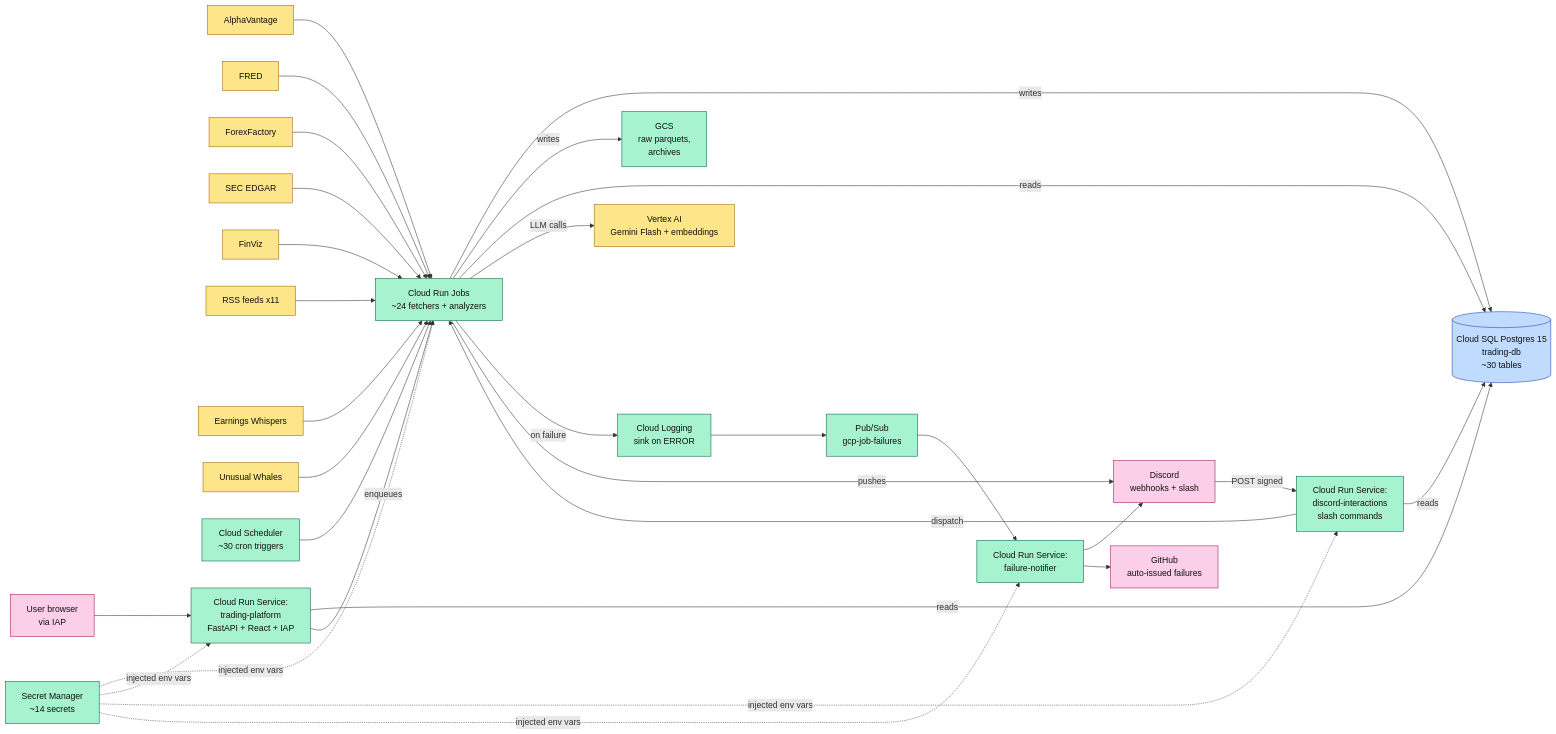
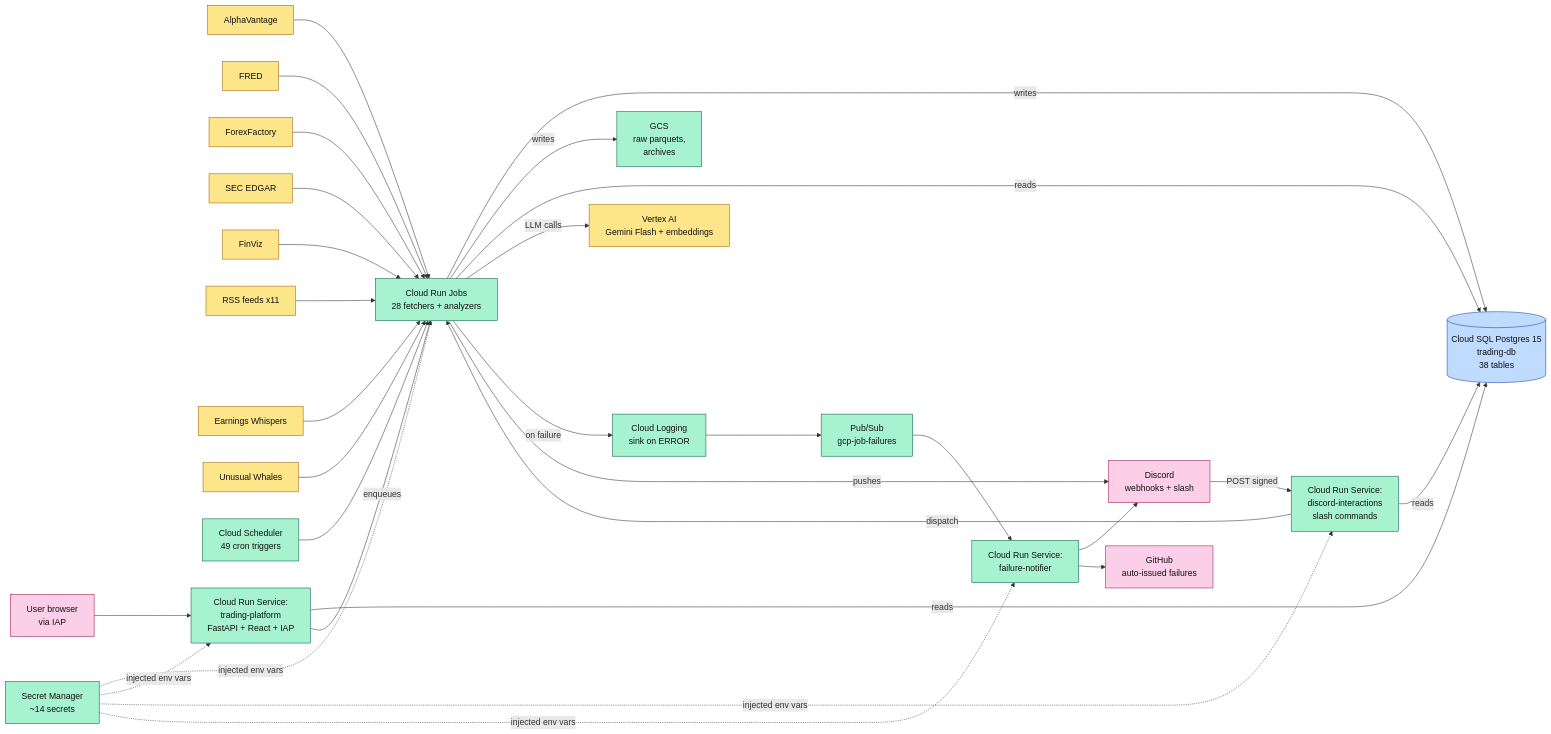
Before and after one commit to TeneikaAskew/stocks: the first of 9 diagrams in docs/GCP_ARCHITECTURE.md, drawn with Mermaid. The commit also changed other lines of this file and 1 other file, not shown here.

````diff
--- a/docs/GCP_ARCHITECTURE.md
+++ b/docs/GCP_ARCHITECTURE.md
@@ -50,56 +52,56 @@
 ```mermaid
 flowchart LR
     classDef ext fill:#fde68a,stroke:#a16207,color:#111
     classDef gcp fill:#a7f3d0,stroke:#065f46,color:#111
     classDef db  fill:#bfdbfe,stroke:#1e40af,color:#111
     classDef out fill:#fbcfe8,stroke:#9d174d,color:#111
 
     AV[AlphaVantage]:::ext
     FRED[FRED]:::ext
     FF[ForexFactory]:::ext
     EDGAR[SEC EDGAR]:::ext
     FV[FinViz]:::ext
     RSS[RSS feeds x11]:::ext
     EW[Earnings Whispers]:::ext
     UW[Unusual Whales]:::ext
 
-    SCH[Cloud Scheduler<br/>~30 cron triggers]:::gcp
-    JOBS[Cloud Run Jobs<br/>~24 fetchers + analyzers]:::gcp
+    SCH[Cloud Scheduler<br/>49 cron triggers]:::gcp
+    JOBS[Cloud Run Jobs<br/>28 fetchers + analyzers]:::gcp
     SVC1[Cloud Run Service:<br/>trading-platform<br/>FastAPI + React + IAP]:::gcp
     SVC2[Cloud Run Service:<br/>discord-interactions<br/>slash commands]:::gcp
     SVC3[Cloud Run Service:<br/>failure-notifier]:::gcp
     GCS[GCS<br/>raw parquets,<br/>archives]:::gcp
-    SQL[(Cloud SQL Postgres 15<br/>trading-db<br/>~30 tables)]:::db
+    SQL[(Cloud SQL Postgres 15<br/>trading-db<br/>38 tables)]:::db
     SECR[Secret Manager<br/>~14 secrets]:::gcp
     PS[Pub/Sub<br/>gcp-job-failures]:::gcp
     LG[Cloud Logging<br/>sink on ERROR]:::gcp
     VAI[Vertex AI<br/>Gemini Flash + embeddings]:::ext
 
     DSC[Discord<br/>webhooks + slash]:::out
     GH[GitHub<br/>auto-issued failures]:::out
     USR[User browser<br/>via IAP]:::out
 
     AV & FRED & FF & EDGAR & FV & RSS & EW & UW --> JOBS
     SCH --> JOBS
     JOBS -- writes --> SQL
     JOBS -- writes --> GCS
     JOBS -- reads --> SQL
     JOBS -- LLM calls --> VAI
 
     USR --> SVC1
     SVC1 -- reads --> SQL
     SVC1 -- enqueues --> JOBS
 
     DSC -- POST signed --> SVC2
     SVC2 -- dispatch --> JOBS
     SVC2 -- reads --> SQL
 
     JOBS -- on failure --> LG
     LG --> PS
     PS --> SVC3
     SVC3 --> DSC
     SVC3 --> GH
 
     JOBS -- pushes --> DSC
     SECR -. injected env vars .-> JOBS & SVC1 & SVC2 & SVC3
 ```
````
